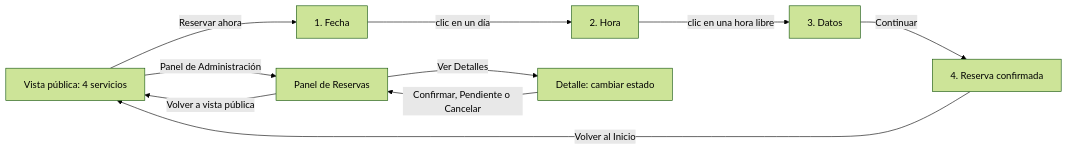
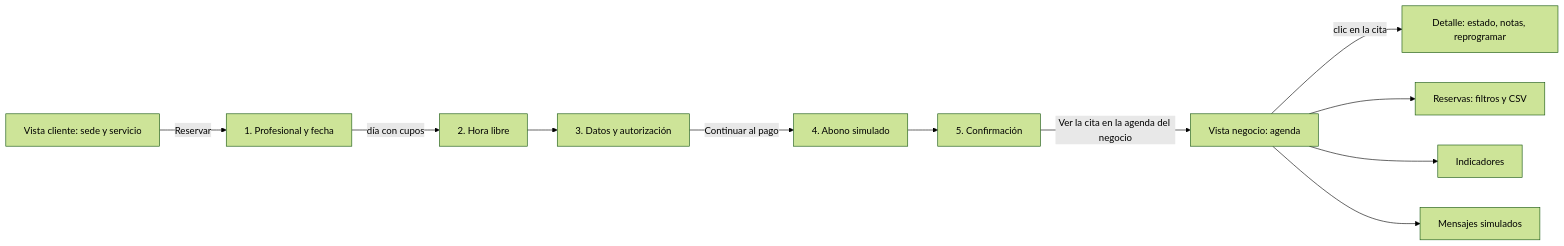
The first of 4 diagrams in docs/wiki/Guia-Demo-sistema-reservas.md (ronalc90/koptup), drawn with Mermaid (forest theme) before and after one commit. The commit also changed other lines of this file and 32 other files, not shown here.

````diff
--- a/docs/wiki/Guia-Demo-sistema-reservas.md
+++ b/docs/wiki/Guia-Demo-sistema-reservas.md
@@ -13,12 +13,13 @@
 ```mermaid
 flowchart LR
-    P["Vista pública: 4 servicios"] -->|"Reservar ahora"| F["1. Fecha"]
-    F -->|"clic en un día"| H["2. Hora"]
-    H -->|"clic en una hora libre"| D["3. Datos"]
-    D -->|"Continuar"| C["4. Reserva confirmada"]
-    C -->|"Volver al Inicio"| P
-    P -->|"Panel de Administración"| A["Panel de Reservas"]
-    A -->|"Ver Detalles"| M["Detalle: cambiar estado"]
-    M -->|"Confirmar, Pendiente o Cancelar"| A
-    A -->|"Volver a vista pública"| P
+    P["Vista cliente: sede y servicio"] -->|"Reservar"| F["1. Profesional y fecha"]
+    F -->|"día con cupos"| H["2. Hora libre"]
+    H --> D["3. Datos y autorización"]
+    D -->|"Continuar al pago"| A["4. Abono simulado"]
+    A --> C["5. Confirmación"]
+    C -->|"Ver la cita en la agenda del negocio"| N["Vista negocio: agenda"]
+    N -->|"clic en la cita"| M["Detalle: estado, notas, reprogramar"]
+    N --> L["Reservas: filtros y CSV"]
+    N --> I["Indicadores"]
+    N --> W["Mensajes simulados"]
 ```
````
